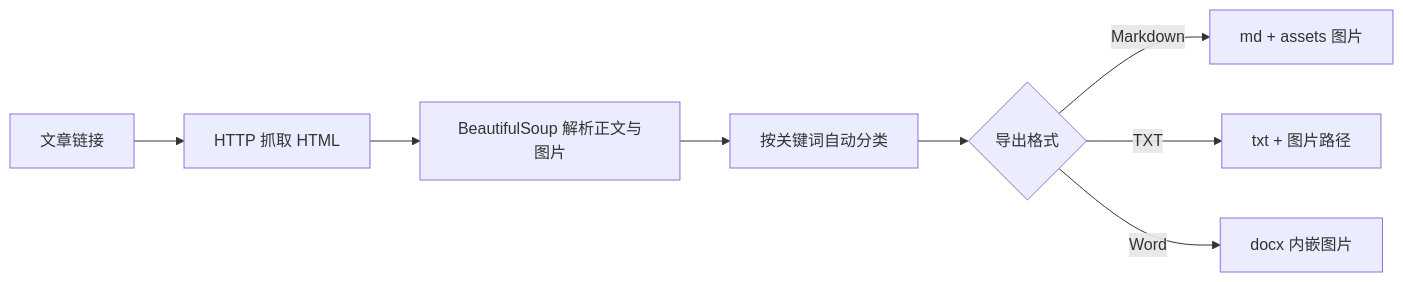
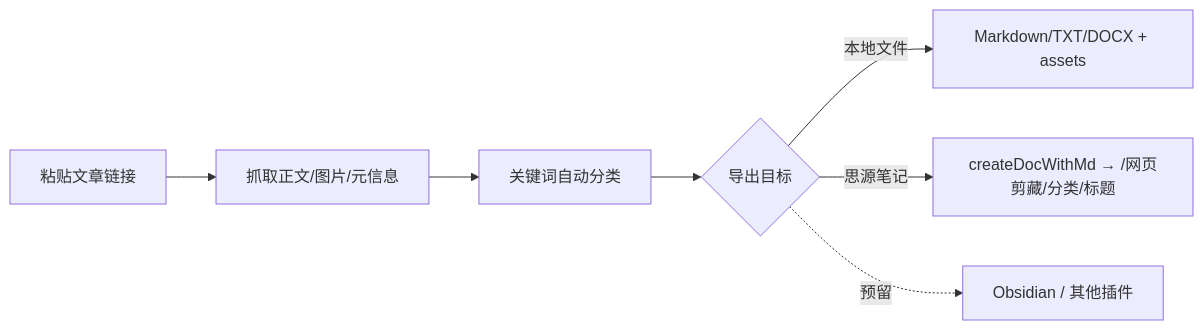
Before and after one commit to acejaiy/url2markdown: the diagram in README.md, drawn with Mermaid. The commit also changed other lines of this file and 17 other files, not shown here.

````diff
--- a/README.md
+++ b/README.md
@@ -35,10 +41,9 @@
 ```mermaid
 flowchart LR
-    A[文章链接] --> B[HTTP 抓取 HTML]
-    B --> C[BeautifulSoup 解析正文与图片]
-    C --> D[按关键词自动分类]
-    D --> E{导出格式}
-    E -->|Markdown| F[md + assets 图片]
-    E -->|TXT| G[txt + 图片路径]
-    E -->|Word| H[docx 内嵌图片]
+    A[粘贴文章链接] --> B[抓取正文/图片/元信息]
+    B --> C[关键词自动分类]
+    C --> D{导出目标}
+    D -->|本地文件| E[Markdown/TXT/DOCX + assets]
+    D -->|思源笔记| F[createDocWithMd → /网页剪藏/分类/标题]
+    D -.预留.-> G[Obsidian / 其他插件]
 ```
````
